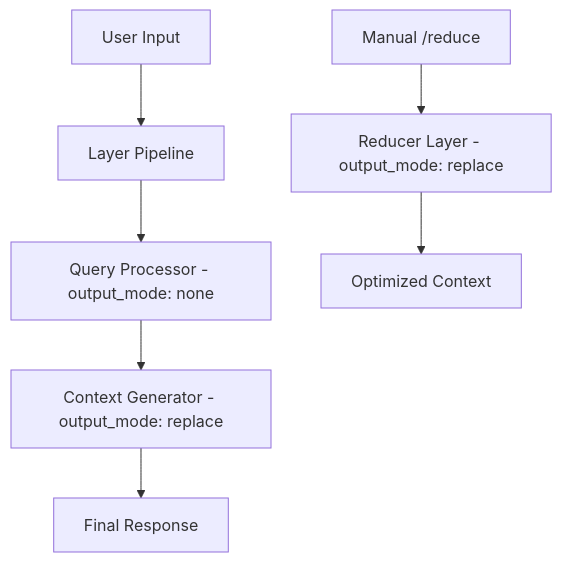
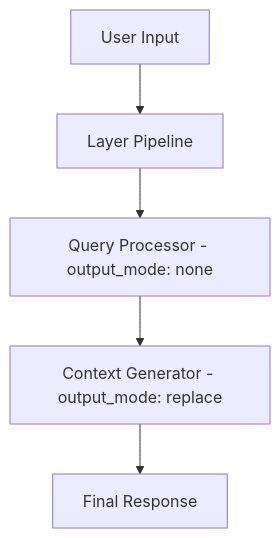
One commit to Muvon/octomind changed the diagram in doc/05-sessions.md. Above: the diagram before and after it, drawn with Mermaid. The commit also changed other lines of this file and 10 other files, not shown here.

````diff
--- a/doc/05-sessions.md
+++ b/doc/05-sessions.md
@@ -495,10 +493,9 @@
 ```mermaid
 graph TB
     A[User Input] --> B[Layer Pipeline]
     B --> C[Query Processor - output_mode: none]
     C --> D[Context Generator - output_mode: replace]
     D --> E[Final Response]
 
-    F[Manual /reduce] --> G[Reducer Layer - output_mode: replace]
-    G --> H[Optimized Context]
+
 ```
````
